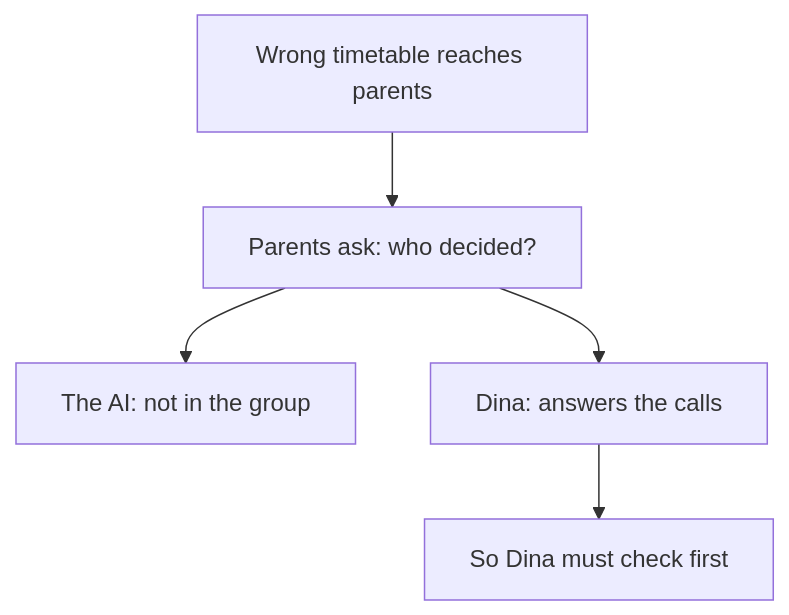
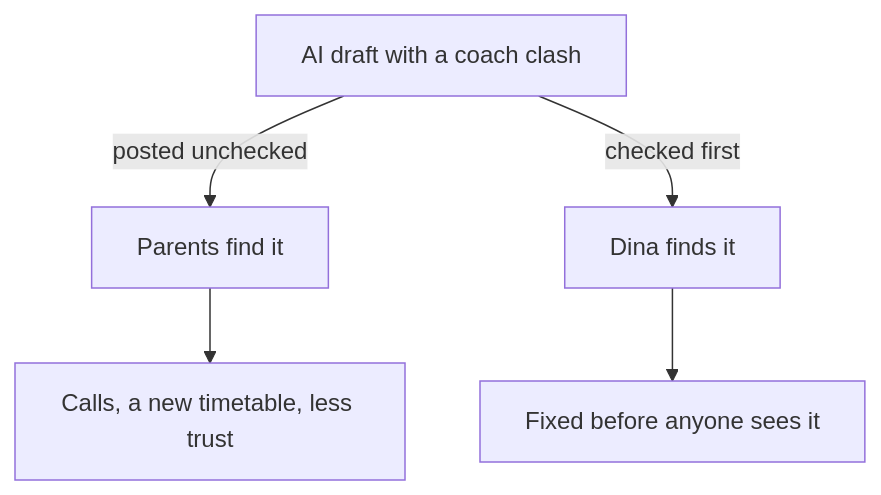
Before and after one commit to Muhammad-AnasKhan/Buildment: the diagram in content/import/build-with-ai/01-ai-as-an-enabler/01.03-you-make-the-call.md, drawn with Mermaid. The commit also changed other lines of this file and 13 other files, not shown here.

Commit message:
Revise build-with-ai module 1 after G5 round 1: real predicts, balanced options, rebuilt diagrams

````diff
--- a/content/import/build-with-ai/01-ai-as-an-enabler/01.03-you-make-the-call.md
+++ b/content/import/build-with-ai/01-ai-as-an-enabler/01.03-you-make-the-call.md
@@ -34,7 +36,7 @@
 ```mermaid
 flowchart TD
-  A["Wrong timetable reaches parents"] --> B["Parents ask: who decided?"]
-  B --> C["The AI: not in the group"]
-  B --> D["Dina: answers the calls"]
-  D --> E["So Dina must check first"]
+  D["AI draft with a coach clash"] -->|"posted unchecked"| P["Parents find it"]
+  P --> C1["Calls, a new timetable, less trust"]
+  D -->|"checked first"| F["Dina finds it"]
+  F --> C2["Fixed before anyone sees it"]
 ```
````
